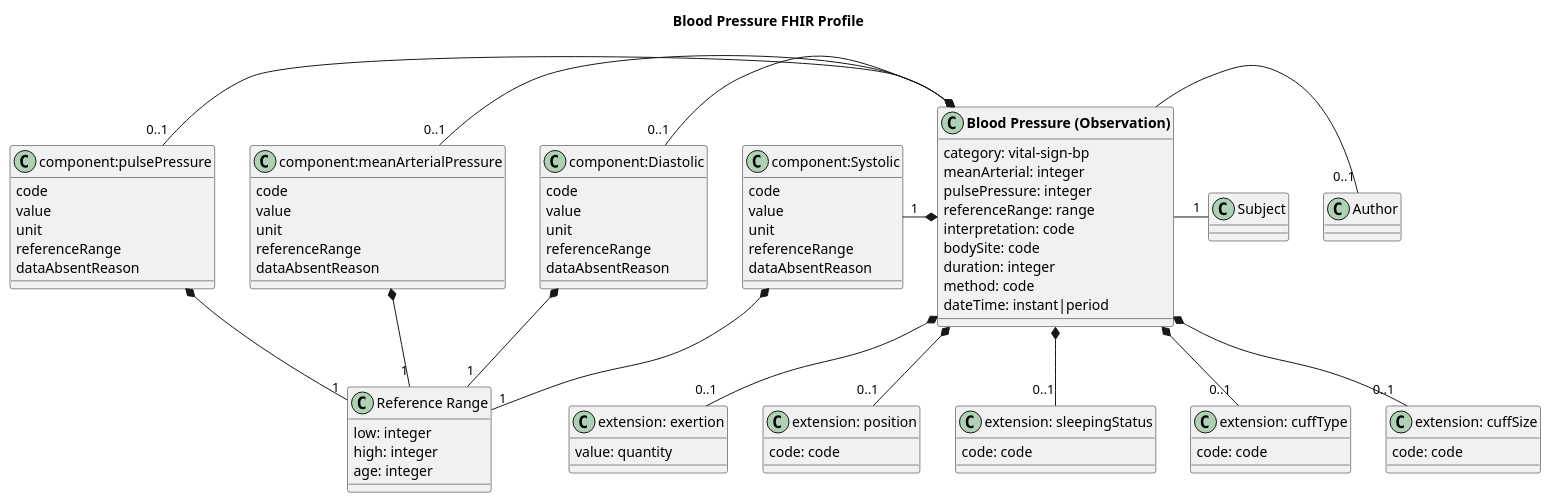
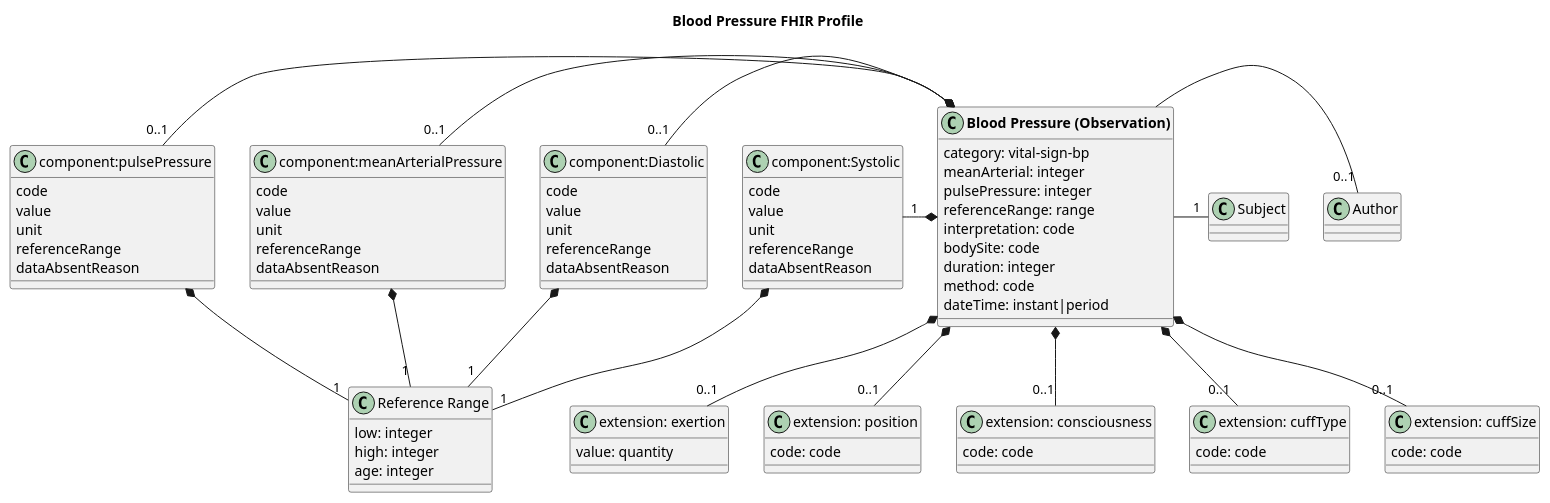
Before and after one commit to frankoemig/vital-signs-demo: the diagram in input/images-source/bloodpressure_profile.plantuml, drawn with PlantUML. The commit also changed 8 other files, not shown here.

```diff
--- a/input/images-source/bloodpressure_profile.plantuml
+++ b/input/images-source/bloodpressure_profile.plantuml
@@ -1,92 +1,92 @@
 @startuml
 
 skinparam svgDimensionStyle false
 
 title Blood Pressure FHIR Profile
 
 class "**Blood Pressure (Observation)**" as bp {
     category: vital-sign-bp
     meanArterial: integer
     pulsePressure: integer
     referenceRange: range
     interpretation: code
     bodySite: code
     duration: integer
     method: code
     dateTime: instant|period
 }
 
 class "component:Systolic" as syst {
     code
     value
     unit
     referenceRange
     dataAbsentReason
 }
 class "component:Diastolic" as diast {
     code
     value
     unit
     referenceRange
     dataAbsentReason
 }
 class "component:meanArterialPressure" as mabp {
     code
     value
     unit
     referenceRange
     dataAbsentReason
 }
 class "component:pulsePressure" as pbp {
     code
     value
     unit
     referenceRange
     dataAbsentReason
 }
 
 
 class "Reference Range" as rr {
     low: integer
     high: integer
     age: integer
 }
 
 class "extension: exertion" as ex {
     value: quantity
 }
 class "extension: position" as pos {
     code: code
 }
-class "extension: sleepingStatus" as sleep {
+class "extension: consciousness" as conscious {
     code: code
 }
 class "extension: cuffType" as cType {
     code: code
 }
 class "extension: cuffSize" as cSize {
     code: code
 }
 
 bp *-left- "1" syst
 bp *-left- "0..1" diast
 bp *-left- "0..1" mabp
 bp *-left- "0..1" pbp
 bp *-- "0..1" ex
 bp *-- "0..1" pos
-bp *-- "0..1" sleep
+bp *-- "0..1" conscious
 bp *-- "0..1" cType
 bp *-- "0..1" cSize
 
 class "Author" as a
 class "Subject" as s
 
 bp -right- "0..1" a
 bp -right- "1" s
 
 syst *-- "1" rr
 diast *-- "1" rr
 mabp *-- "1" rr
 pbp *-- "1" rr
 
 @enduml
```
